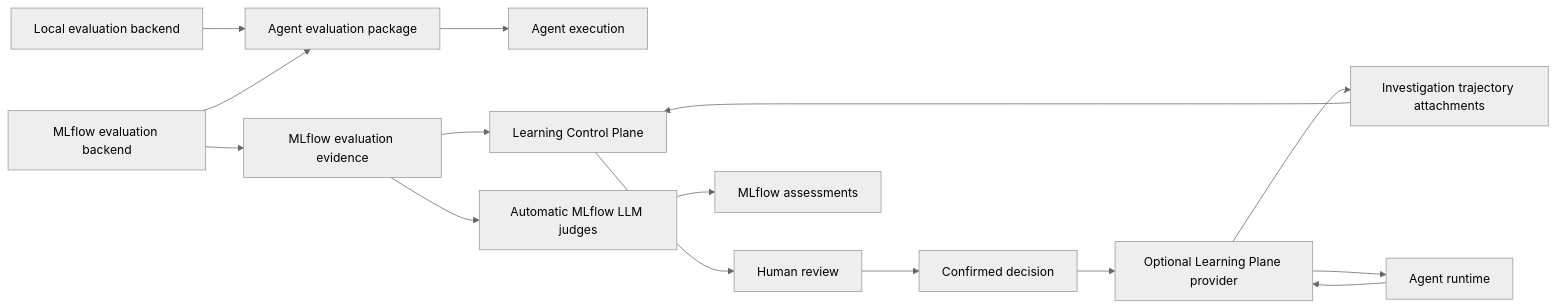
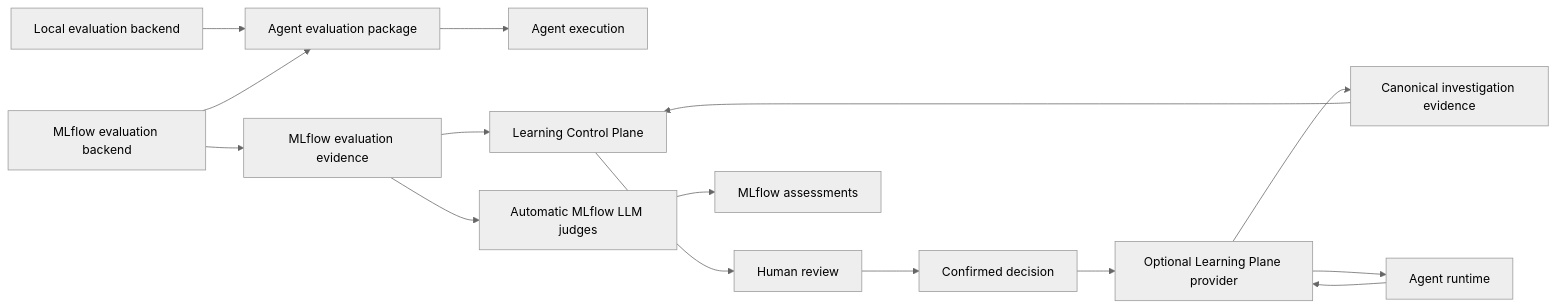
The diagram in docs/proposals/mlflow-learning-control-plane/architecture.md (GMartin-dev/penguiflow), drawn with Mermaid (neutral theme) before and after one commit. The commit also changed other lines of this file and 3 other files, not shown here.

````diff
--- a/docs/proposals/mlflow-learning-control-plane/architecture.md
+++ b/docs/proposals/mlflow-learning-control-plane/architecture.md
@@ -112,17 +119,17 @@
 ```mermaid
 graph LR
     B[Local evaluation backend] --> P[Agent evaluation package]
     E[MLflow evaluation backend] --> P
     P --> A[Agent execution]
     E --> M[MLflow evaluation evidence]
     X[Agent runtime] --> F[Optional Learning Plane provider]
-    F --> T[Investigation trajectory attachments]
+    F --> T[Canonical investigation evidence]
     M --> L[Learning Control Plane]
     T --> L
     M --> J[Automatic MLflow LLM judges]
     L --> H[Human review]
     H --> C[Confirmed decision]
     C --> F
     F --> X
     J --> R[MLflow assessments]
 ```
````
